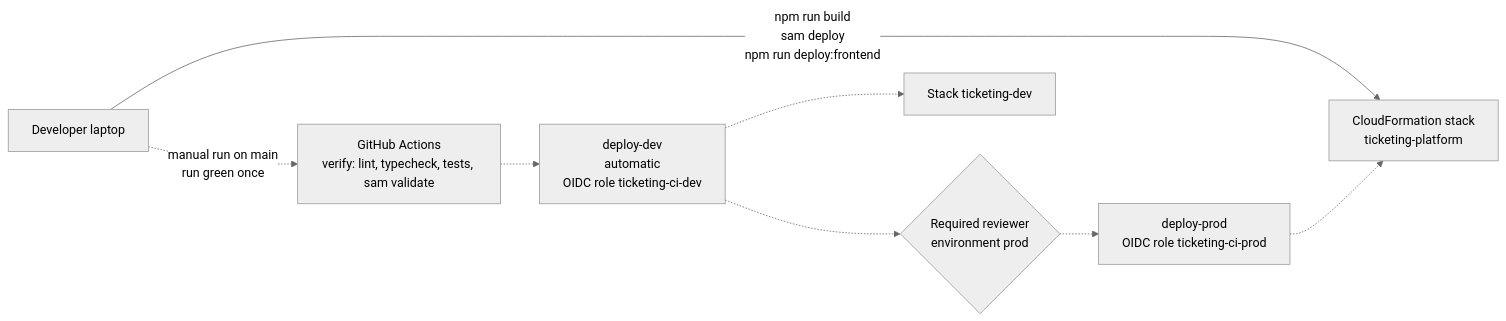
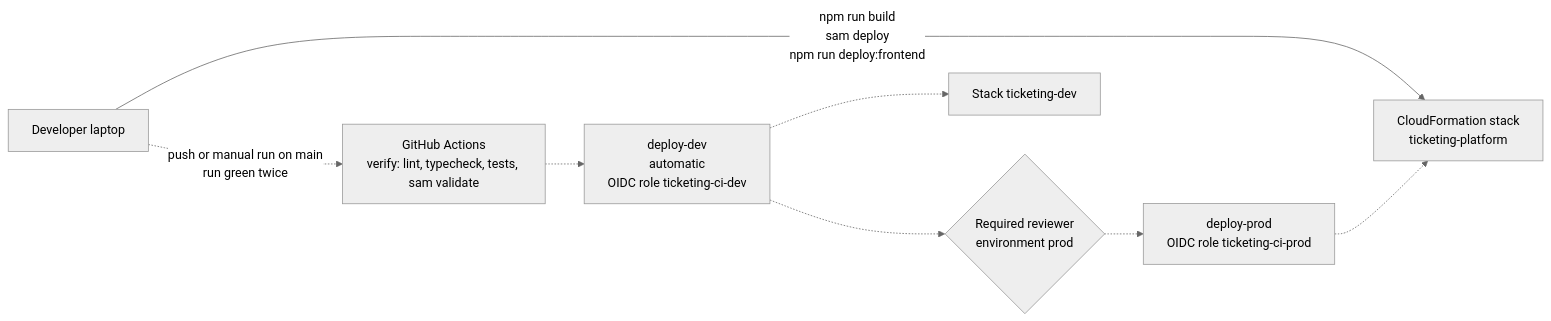
One commit to Yaswanth1832K/serverless-event-ticketing changed the third of 3 diagrams in docs/architecture-diagram.md. Above: the diagram before and after it, drawn with Mermaid (neutral theme). The commit also changed other lines of this file and 12 other files, not shown here.

First line of the commit message:
Record CI run 5 (push-triggered, green): logs and claims update

````diff
--- a/docs/architecture-diagram.md
+++ b/docs/architecture-diagram.md
@@ -124,10 +124,10 @@
 ```mermaid
 flowchart LR
     DEV["Developer laptop"] -->|"npm run build<br/>sam deploy<br/>npm run deploy:frontend"| CFN["CloudFormation stack<br/>ticketing-platform"]
-    DEV -.->|"manual run on main<br/>run green once"| GH["GitHub Actions<br/>verify: lint, typecheck, tests, sam validate"]
+    DEV -.->|"push or manual run on main<br/>run green twice"| GH["GitHub Actions<br/>verify: lint, typecheck, tests, sam validate"]
     GH -.-> DEVJOB["deploy-dev<br/>automatic<br/>OIDC role ticketing-ci-dev"]
     DEVJOB -.-> APPROVE{"Required reviewer<br/>environment prod"}
     APPROVE -.-> PRODJOB["deploy-prod<br/>OIDC role ticketing-ci-prod"]
     DEVJOB -.-> STDEV["Stack ticketing-dev"]
     PRODJOB -.-> CFN
 ```
````
